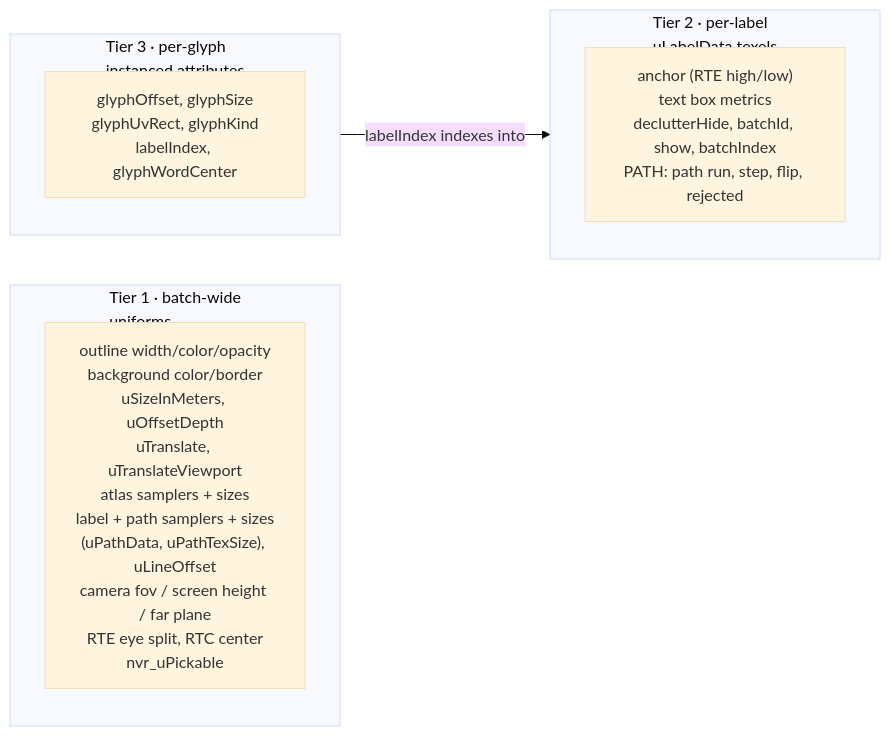
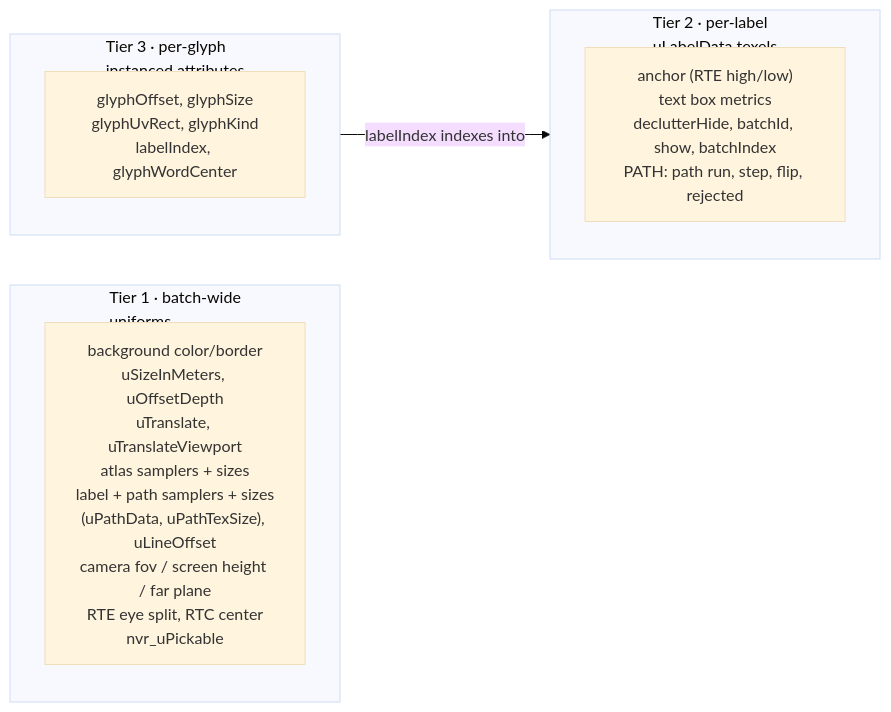
Before and after one commit to maplibre/navara: the diagram in guide/TEXT_BATCHING.md, drawn with Mermaid (base theme). The commit also changed other lines of this file and 42 other files, not shown here.

First line of the commit message:
feat: text outline and line height (#900)

````diff
--- a/guide/TEXT_BATCHING.md
+++ b/guide/TEXT_BATCHING.md
@@ -31,13 +31,13 @@
 ```mermaid
 flowchart LR
   subgraph U["Tier 1 · batch-wide<br/>uniforms"]
-    U1["outline width/color/opacity<br/>background color/border<br/>uSizeInMeters, uOffsetDepth<br/>uTranslate, uTranslateViewport<br/>atlas samplers + sizes<br/>label + path samplers + sizes<br/>(uPathData, uPathTexSize), uLineOffset<br/>camera fov / screen height / far plane<br/>RTE eye split, RTC center<br/>nvr_uPickable"]
+    U1["background color/border<br/>uSizeInMeters, uOffsetDepth<br/>uTranslate, uTranslateViewport<br/>atlas samplers + sizes<br/>label + path samplers + sizes<br/>(uPathData, uPathTexSize), uLineOffset<br/>camera fov / screen height / far plane<br/>RTE eye split, RTC center<br/>nvr_uPickable"]
   end
   subgraph L["Tier 2 · per-label<br/>uLabelData texels"]
     L1["anchor (RTE high/low)<br/>text box metrics<br/>declutterHide, batchId, show, batchIndex<br/>PATH: path run, step, flip, rejected"]
   end
   subgraph G["Tier 3 · per-glyph<br/>instanced attributes"]
     G1["glyphOffset, glyphSize<br/>glyphUvRect, glyphKind<br/>labelIndex, glyphWordCenter"]
   end
   G -->|"labelIndex indexes into"| L
 ```
````
